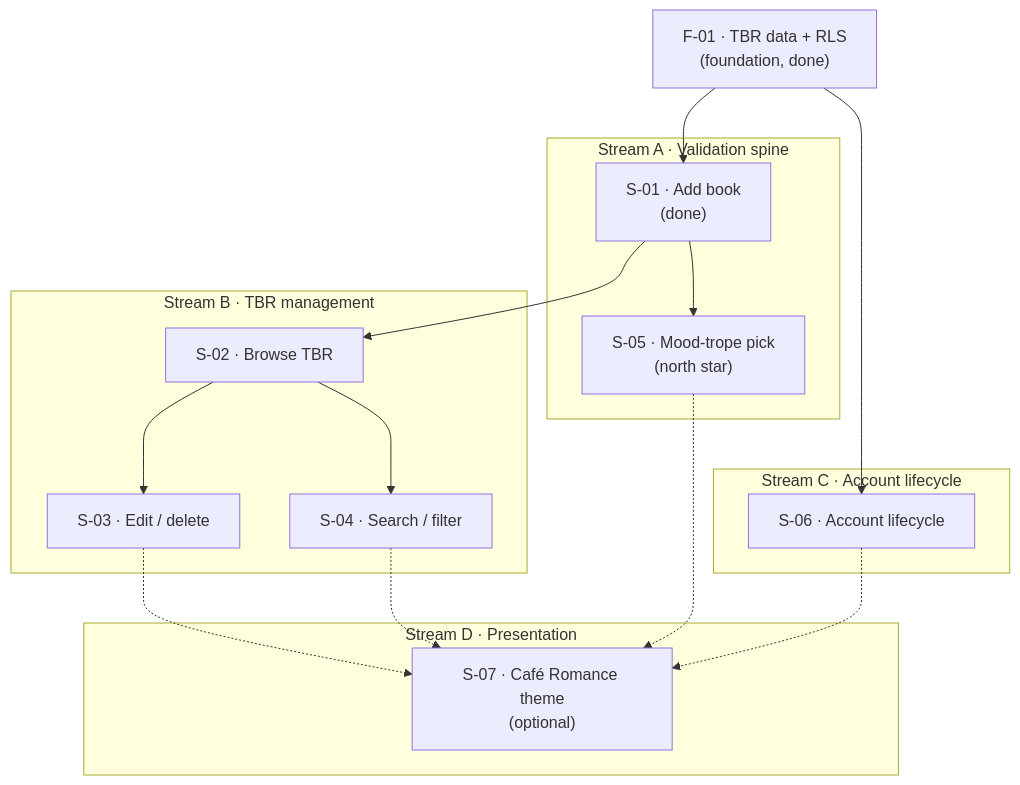
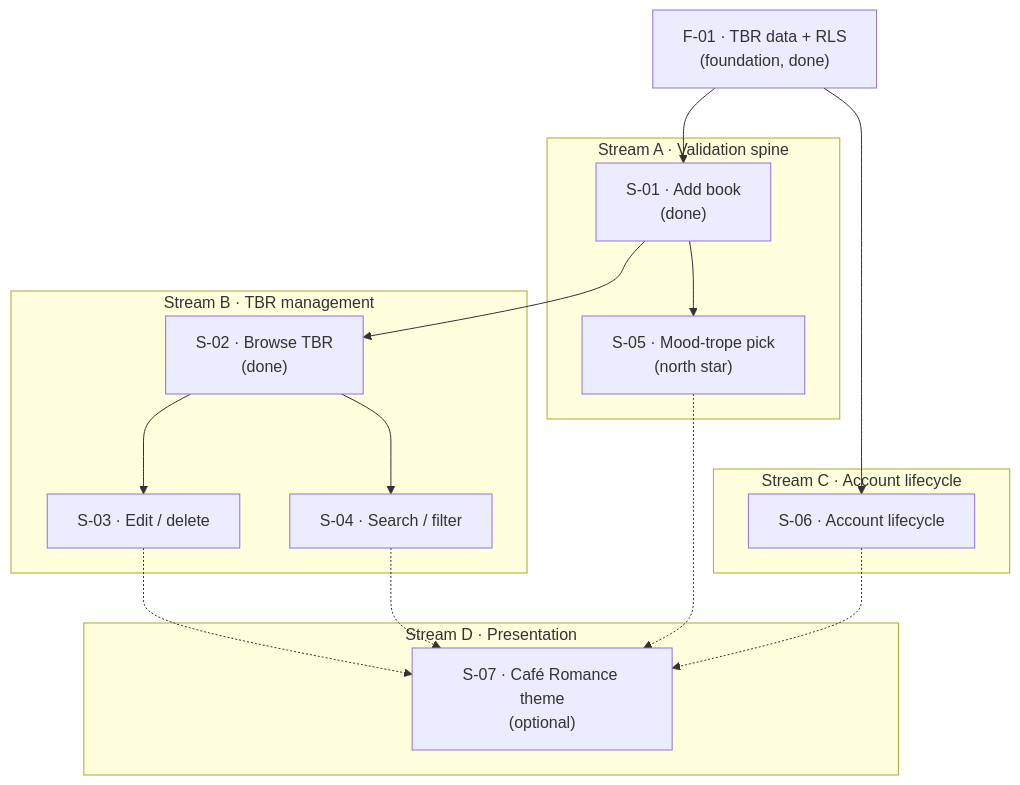
Before and after one commit to passiflora-nr/smart-tbr: the diagram in context/foundation/roadmap.md, drawn with Mermaid. The commit also changed other lines of this file and 1 other file, not shown here.

First line of the commit message:
chore: mark S-02 done and add list-island lesson

````diff
--- a/context/foundation/roadmap.md
+++ b/context/foundation/roadmap.md
@@ -58,34 +58,34 @@
 ```mermaid
 flowchart TB
   F01["F-01 · TBR data + RLS<br/>(foundation, done)"]
 
   subgraph A["Stream A · Validation spine"]
     S01["S-01 · Add book<br/>(done)"]
     S05["S-05 · Mood-trope pick<br/>(north star)"]
   end
 
   subgraph B["Stream B · TBR management"]
-    S02["S-02 · Browse TBR"]
+    S02["S-02 · Browse TBR<br/>(done)"]
     S03["S-03 · Edit / delete"]
     S04["S-04 · Search / filter"]
   end
 
   subgraph C["Stream C · Account lifecycle"]
     S06["S-06 · Account lifecycle"]
   end
 
   subgraph D["Stream D · Presentation"]
     S07["S-07 · Café Romance theme<br/>(optional)"]
   end
 
   F01 --> S01
   F01 --> S06
   S01 --> S05
   S01 --> S02
   S02 --> S03
   S02 --> S04
   S03 -.-> S07
   S04 -.-> S07
   S05 -.-> S07
   S06 -.-> S07
 ```
````
